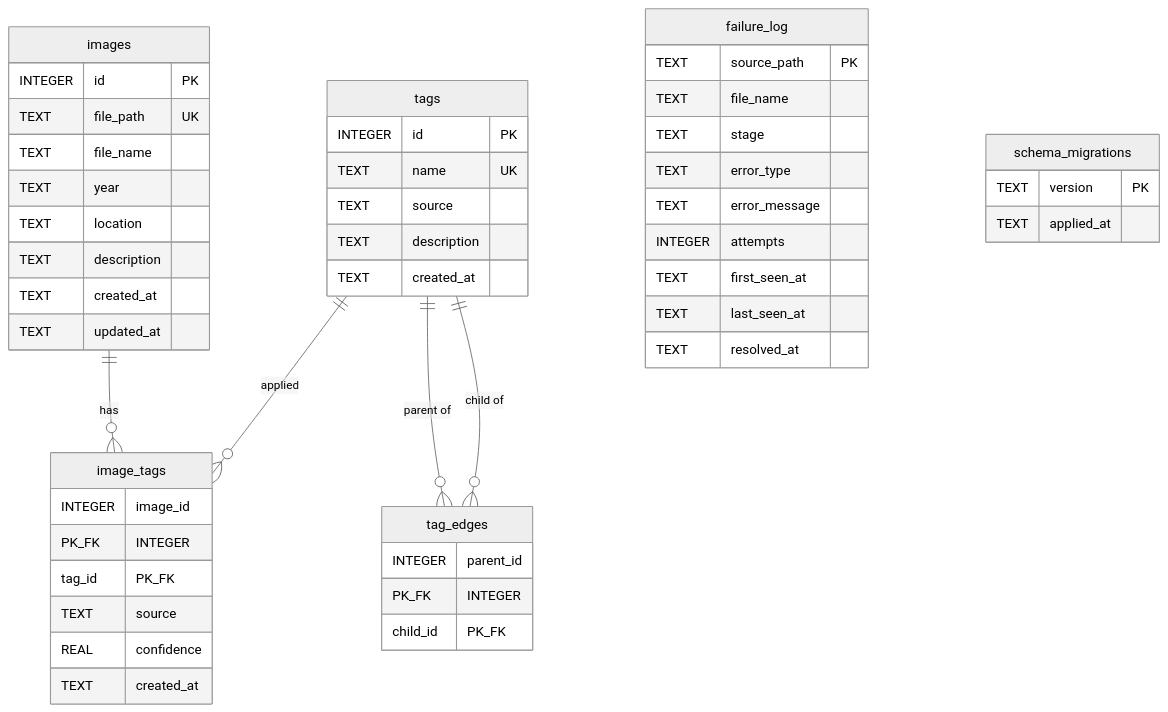
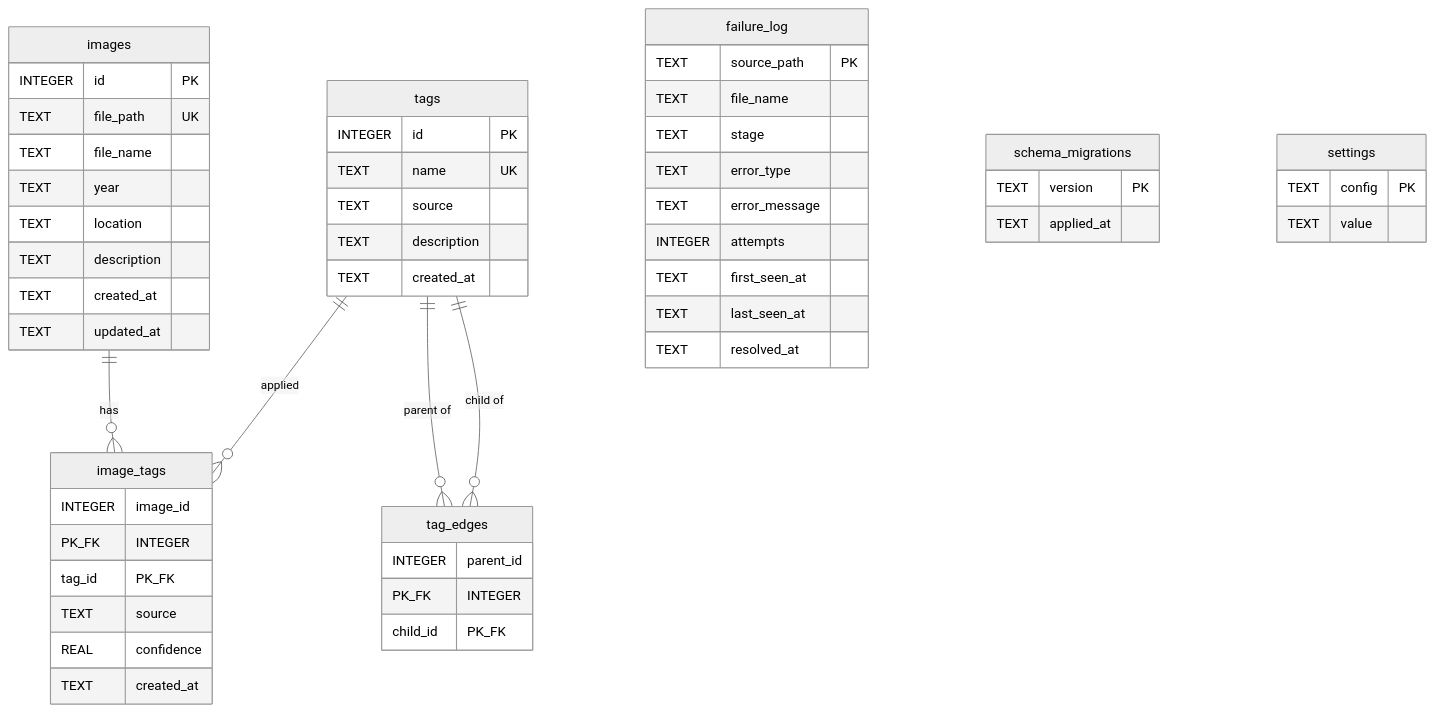
One commit to C-Shi/TagPhy changed the diagram in src/tagphy/db/schema.md. Above: the diagram before and after it, drawn with Mermaid (neutral theme). The commit also changed other lines of this file and 11 other files, not shown here.

````diff
--- a/src/tagphy/db/schema.md
+++ b/src/tagphy/db/schema.md
@@ -8,56 +8,61 @@
 ```mermaid
 erDiagram
     images ||--o{ image_tags : has
     tags ||--o{ image_tags : applied
     tags ||--o{ tag_edges : "parent of"
     tags ||--o{ tag_edges : "child of"
 
     images {
         INTEGER id PK
         TEXT file_path UK
         TEXT file_name
         TEXT year
         TEXT location
         TEXT description
         TEXT created_at
         TEXT updated_at
     }
 
     tags {
         INTEGER id PK
         TEXT name UK
         TEXT source
         TEXT description
         TEXT created_at
     }
 
     image_tags {
         INTEGER image_id PK_FK
         INTEGER tag_id PK_FK
         TEXT source
         REAL confidence
         TEXT created_at
     }
 
     tag_edges {
         INTEGER parent_id PK_FK
         INTEGER child_id PK_FK
     }
 
     failure_log {
         TEXT source_path PK
         TEXT file_name
         TEXT stage
         TEXT error_type
         TEXT error_message
         INTEGER attempts
         TEXT first_seen_at
         TEXT last_seen_at
         TEXT resolved_at
     }
 
     schema_migrations {
         TEXT version PK
         TEXT applied_at
     }
+
+    settings {
+        TEXT config PK
+        TEXT value
+    }
 ```
````
